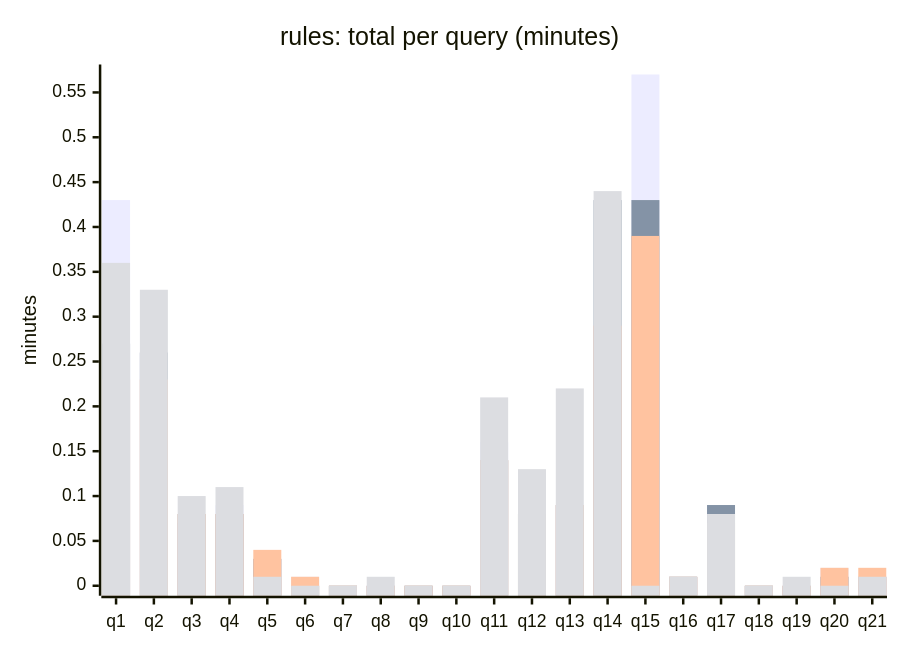
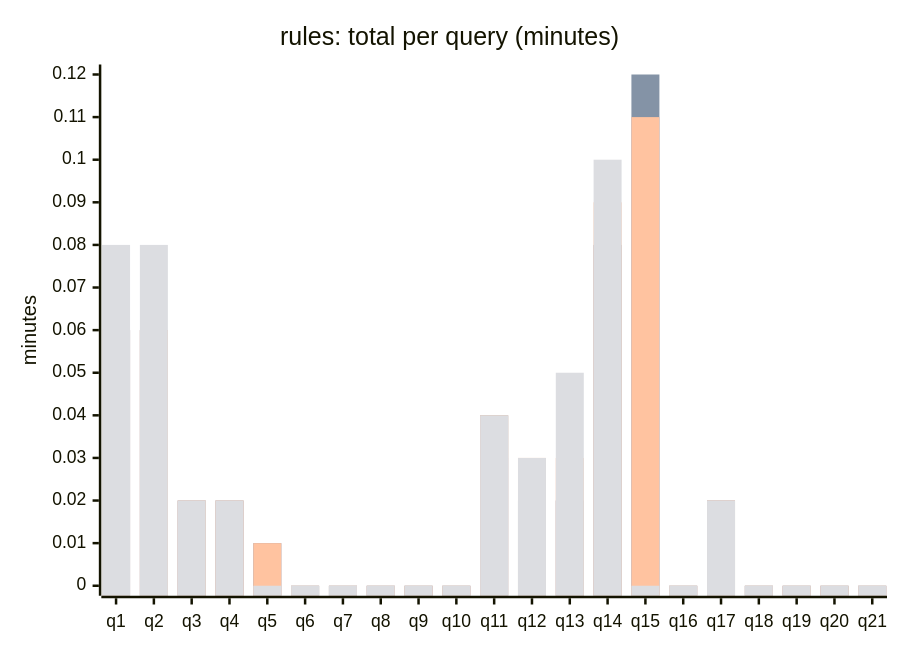
One commit to KleiKodesh/SeforimLibrarySearchEngine changed diagram 11 of 11 in FTS-SPECS-AND-COMPARISONS.md. Above: the diagram before and after it, drawn with Mermaid. The commit also changed other lines of this file and 10 other files, not shown here.

````diff
--- a/FTS-SPECS-AND-COMPARISONS.md
+++ b/FTS-SPECS-AND-COMPARISONS.md
@@ -506,10 +517,10 @@
 ```mermaid
 xychart-beta
     title "rules: total per query (minutes)"
     x-axis ["q1", "q2", "q3", "q4", "q5", "q6", "q7", "q8", "q9", "q10", "q11", "q12", "q13", "q14", "q15", "q16", "q17", "q18", "q19", "q20", "q21"]
     y-axis "minutes"
-    bar [0.43, 0.26, 0.07, 0.09, 0.03, 0.01, 0.00, 0.00, 0.00, 0.00, 0.16, 0.07, 0.09, 0.29, 0.57, 0.01, 0.08, 0.00, 0.00, 0.02, 0.01]
-    bar [0.27, 0.26, 0.08, 0.08, 0.03, 0.00, 0.00, 0.00, 0.00, 0.00, 0.14, 0.08, 0.09, 0.43, 0.43, 0.01, 0.09, 0.00, 0.00, 0.01, 0.01]
-    bar [0.23, 0.23, 0.08, 0.08, 0.04, 0.01, 0.00, 0.00, 0.00, 0.00, 0.14, 0.08, 0.09, 0.29, 0.39, 0.01, 0.07, 0.00, 0.00, 0.02, 0.02]
-    bar [0.36, 0.33, 0.10, 0.11, 0.01, 0.00, 0.00, 0.01, 0.00, 0.00, 0.21, 0.13, 0.22, 0.44, 0.00, 0.01, 0.08, 0.00, 0.01, 0.00, 0.01]
+    bar [0.06, 0.06, 0.02, 0.02, 0.01, 0.00, 0.00, 0.00, 0.00, 0.00, 0.03, 0.02, 0.02, 0.08, 0.11, 0.00, 0.02, 0.00, 0.00, 0.00, 0.00]
+    bar [0.06, 0.06, 0.02, 0.02, 0.01, 0.00, 0.00, 0.00, 0.00, 0.00, 0.04, 0.02, 0.02, 0.08, 0.12, 0.00, 0.02, 0.00, 0.00, 0.00, 0.00]
+    bar [0.06, 0.06, 0.02, 0.02, 0.01, 0.00, 0.00, 0.00, 0.00, 0.00, 0.04, 0.03, 0.03, 0.09, 0.11, 0.00, 0.02, 0.00, 0.00, 0.00, 0.00]
+    bar [0.08, 0.08, 0.02, 0.02, 0.00, 0.00, 0.00, 0.00, 0.00, 0.00, 0.04, 0.03, 0.05, 0.10, 0.00, 0.00, 0.02, 0.00, 0.00, 0.00, 0.00]
 ```
````
